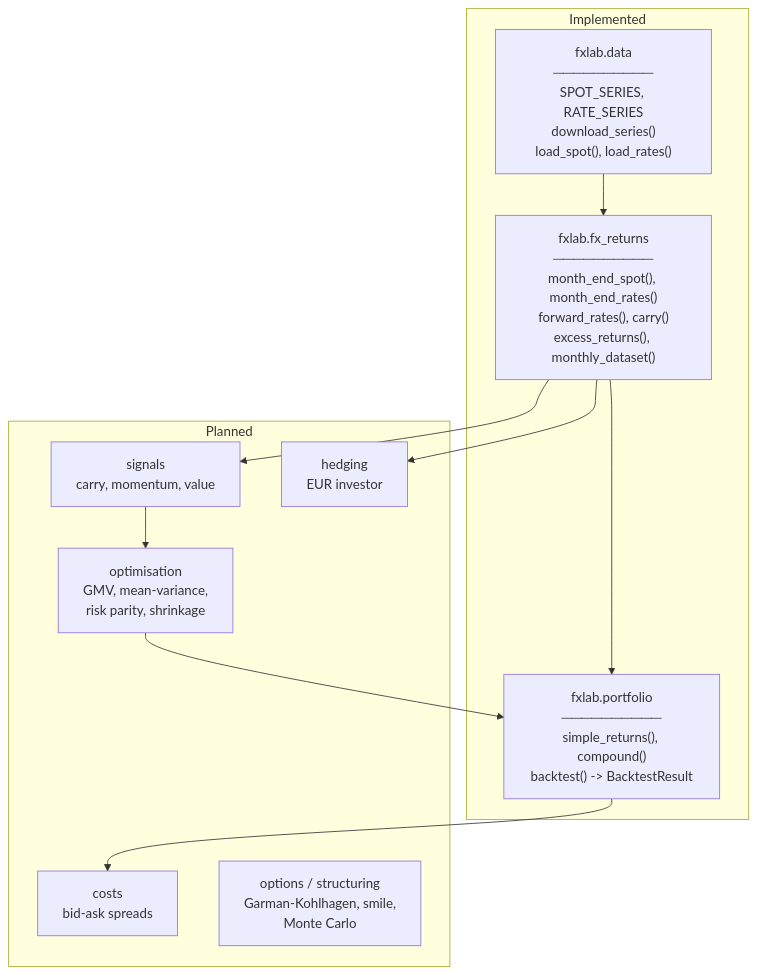
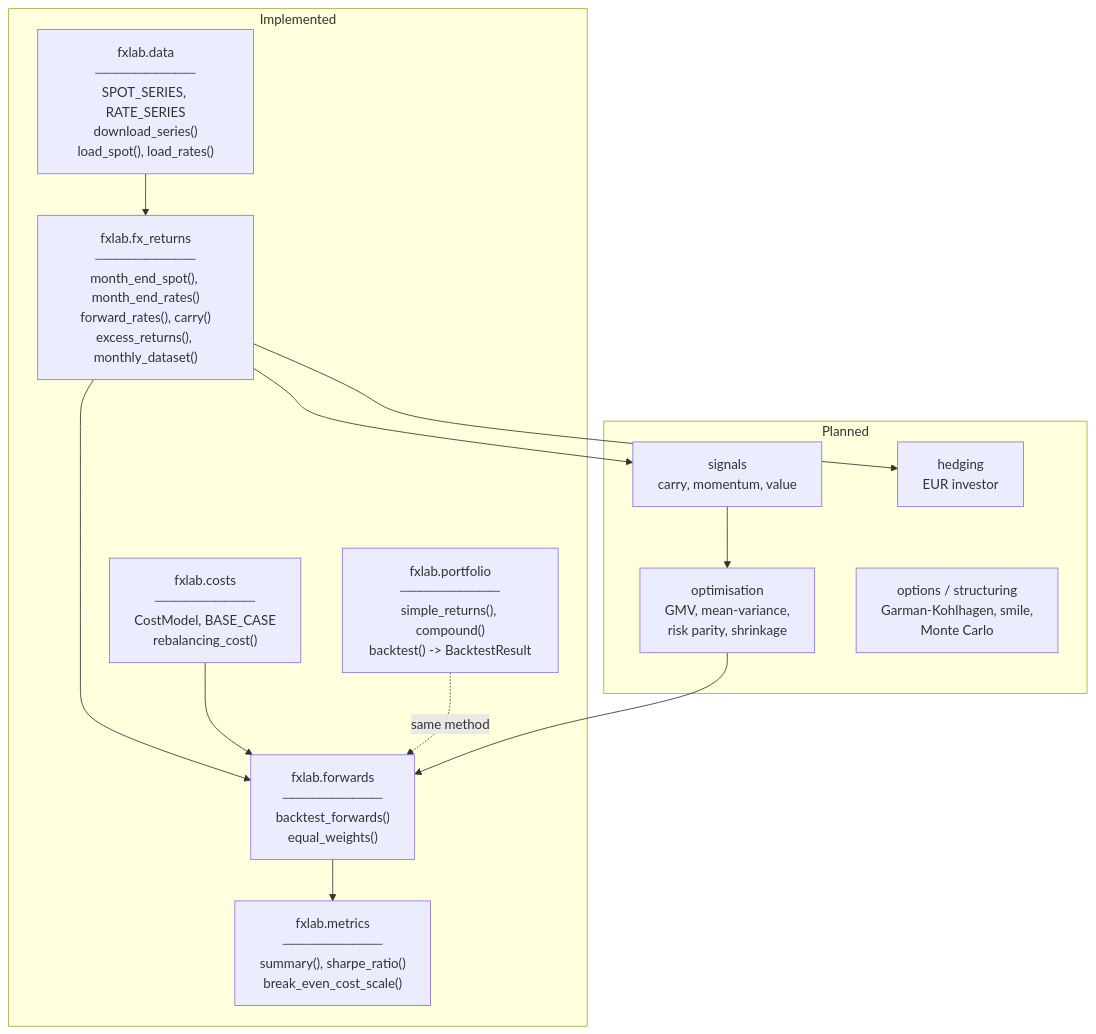
The second of 3 diagrams in ARCHITECTURE.md (tomrousselet/fx-portfolio-lab), drawn with Mermaid before and after one commit. The commit also changed other lines of this file and 15 other files, not shown here.

First line of the commit message:
Phase 1: forward backtest, transaction costs and performance measures

````diff
--- a/ARCHITECTURE.md
+++ b/ARCHITECTURE.md
@@ -59,22 +64,25 @@
 ```mermaid
 graph TB
     subgraph Done["Implemented"]
         D["fxlab.data<br/>──────────<br/>SPOT_SERIES, RATE_SERIES<br/>download_series()<br/>load_spot(), load_rates()"]
         R["fxlab.fx_returns<br/>──────────<br/>month_end_spot(), month_end_rates()<br/>forward_rates(), carry()<br/>excess_returns(), monthly_dataset()"]
         P["fxlab.portfolio<br/>──────────<br/>simple_returns(), compound()<br/>backtest() -> BacktestResult"]
+        C["fxlab.costs<br/>──────────<br/>CostModel, BASE_CASE<br/>rebalancing_cost()"]
+        F["fxlab.forwards<br/>──────────<br/>backtest_forwards()<br/>equal_weights()"]
+        M["fxlab.metrics<br/>──────────<br/>summary(), sharpe_ratio()<br/>break_even_cost_scale()"]
     end
 
     subgraph Planned["Planned"]
-        C["costs<br/>bid-ask spreads"]
         S["signals<br/>carry, momentum, value"]
         O["optimisation<br/>GMV, mean-variance,<br/>risk parity, shrinkage"]
         H["hedging<br/>EUR investor"]
         X["options / structuring<br/>Garman-Kohlhagen, smile,<br/>Monte Carlo"]
     end
 
-    D --> R --> P
-    P --> C
-    R --> S --> O --> P
+    D --> R --> F
+    C --> F --> M
+    P -.->|same method| F
+    R --> S --> O --> F
     R --> H
     X
 ```
````
